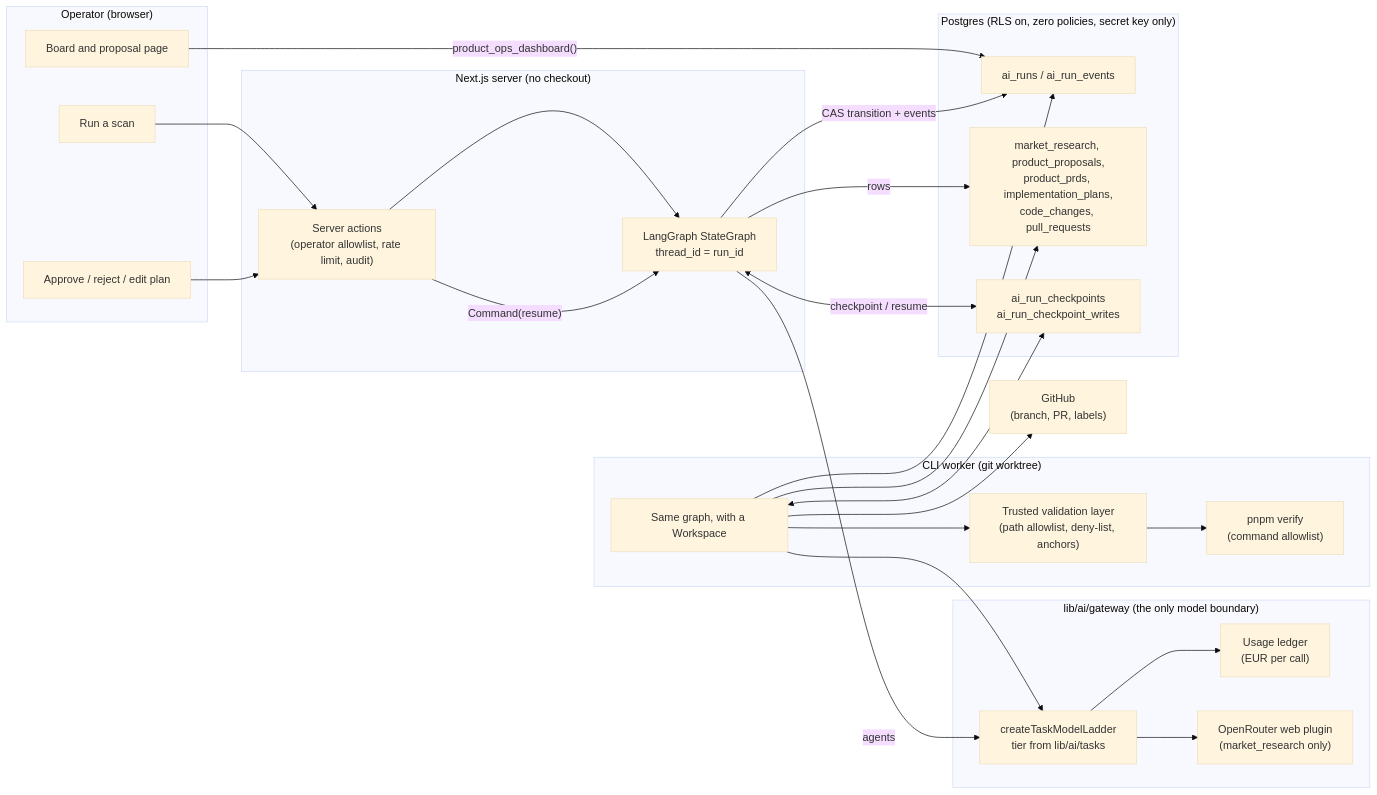
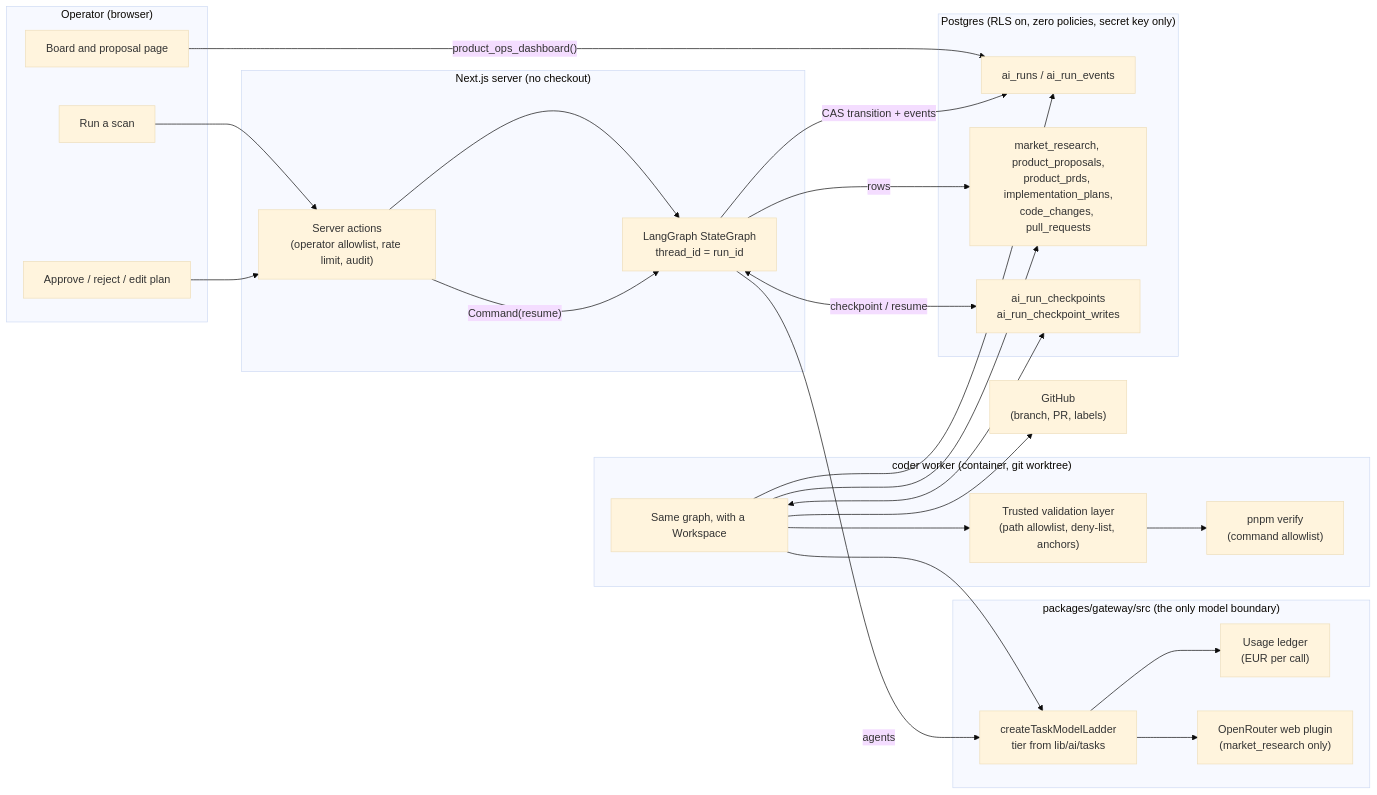
Before and after one commit to NehalKhare/deutsch-partner: the first of 4 diagrams in docs/product-ops-agents.md, drawn with Mermaid (base theme). The commit also changed other lines of this file and 1204 other files, not shown here.

````diff
--- a/docs/product-ops-agents.md
+++ b/docs/product-ops-agents.md
@@ -11,49 +11,49 @@
 ```mermaid
 flowchart LR
     subgraph Operator["Operator (browser)"]
         Scan["Run a scan"]
         Board["Board and proposal page"]
         Decide["Approve / reject / edit plan"]
     end
 
     subgraph Server["Next.js server (no checkout)"]
         Actions["Server actions\n(operator allowlist, rate limit, audit)"]
         Graph["LangGraph StateGraph\nthread_id = run_id"]
     end
 
-    subgraph Worker["CLI worker (git worktree)"]
+    subgraph Worker["coder worker (container, git worktree)"]
         WGraph["Same graph, with a Workspace"]
         Apply["Trusted validation layer\n(path allowlist, deny-list, anchors)"]
         Gate["pnpm verify\n(command allowlist)"]
     end
 
-    subgraph Gateway["lib/ai/gateway (the only model boundary)"]
+    subgraph Gateway["packages/gateway/src (the only model boundary)"]
         Ladder["createTaskModelLadder\ntier from lib/ai/tasks"]
         Ledger["Usage ledger\n(EUR per call)"]
         Web["OpenRouter web plugin\n(market_research only)"]
     end
 
     subgraph DB["Postgres (RLS on, zero policies, secret key only)"]
         Runs["ai_runs / ai_run_events"]
         Artifacts["market_research, product_proposals,\nproduct_prds, implementation_plans,\ncode_changes, pull_requests"]
         Ckpt["ai_run_checkpoints\nai_run_checkpoint_writes"]
     end
 
     GitHub["GitHub\n(branch, PR, labels)"]
 
     Scan --> Actions --> Graph
     Decide --> Actions -->|"Command(resume)"| Graph
     Board -->|"product_ops_dashboard()"| Runs
     Graph <-->|"checkpoint / resume"| Ckpt
     Graph -->|"CAS transition + events"| Runs
     Graph -->|"rows"| Artifacts
     Graph -->|"agents"| Ladder
     Ladder --> Ledger
     Ladder --> Web
     WGraph <--> Ckpt
     WGraph --> Runs
     WGraph --> Artifacts
     WGraph --> Ladder
     WGraph --> Apply --> Gate
     WGraph --> GitHub
 ```
````
